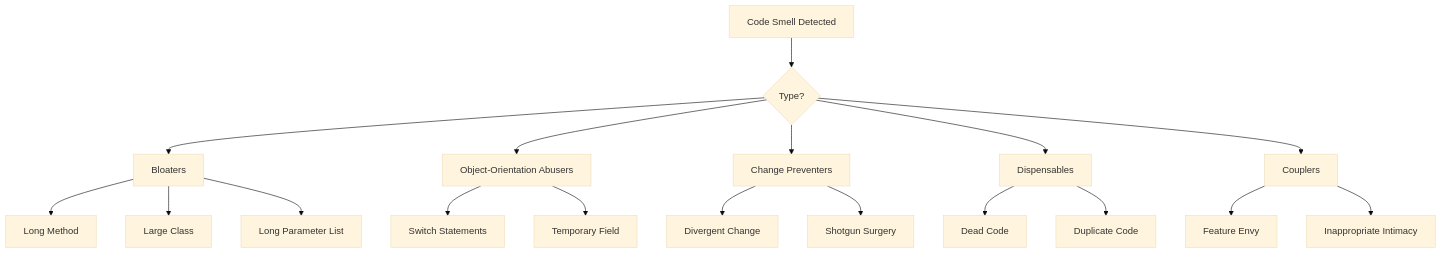
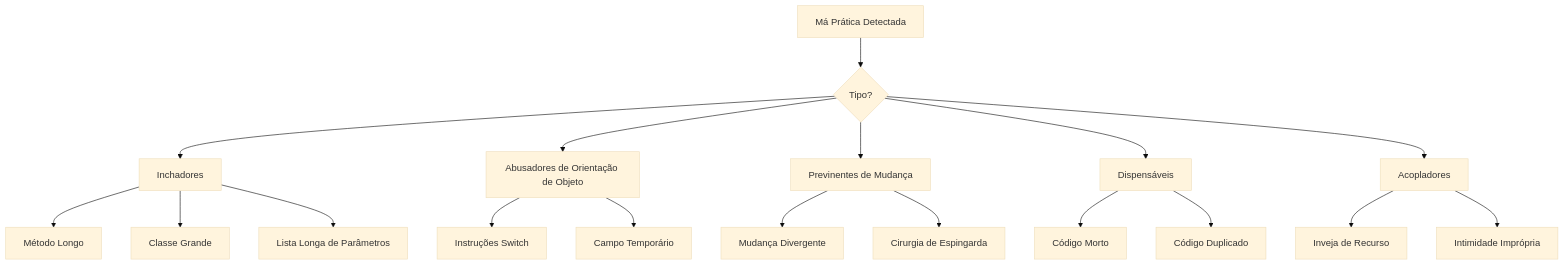
One commit to mambax7/xoops-docs changed the diagram in apps/docs-27/src/content/docs/pt/module-guide/best-practices/code-smells.md. Above: the diagram before and after it, drawn with Mermaid (base theme). The commit also changed other lines of this file and 162 other files, not shown here.

````diff
--- a/apps/docs-27/src/content/docs/pt/module-guide/best-practices/code-smells.md
+++ b/apps/docs-27/src/content/docs/pt/module-guide/best-practices/code-smells.md
@@ -11,25 +11,25 @@
 ```mermaid
 flowchart TD
-    A[Code Smell Detected] --> B{Type?}
-    B --> C[Bloaters]
-    B --> D[Object-Orientation Abusers]
-    B --> E[Change Preventers]
-    B --> F[Dispensables]
-    B --> G[Couplers]
+    A[Má Prática Detectada] --> B{Tipo?}
+    B --> C[Inchadores]
+    B --> D[Abusadores de Orientação de Objeto]
+    B --> E[Previnentes de Mudança]
+    B --> F[Dispensáveis]
+    B --> G[Acopladores]
 
-    C --> C1[Long Method]
-    C --> C2[Large Class]
-    C --> C3[Long Parameter List]
+    C --> C1[Método Longo]
+    C --> C2[Classe Grande]
+    C --> C3[Lista Longa de Parâmetros]
 
-    D --> D1[Switch Statements]
-    D --> D2[Temporary Field]
+    D --> D1[Instruções Switch]
+    D --> D2[Campo Temporário]
 
-    E --> E1[Divergent Change]
-    E --> E2[Shotgun Surgery]
+    E --> E1[Mudança Divergente]
+    E --> E2[Cirurgia de Espingarda]
 
-    F --> F1[Dead Code]
-    F --> F2[Duplicate Code]
+    F --> F1[Código Morto]
+    F --> F2[Código Duplicado]
 
-    G --> G1[Feature Envy]
-    G --> G2[Inappropriate Intimacy]
+    G --> G1[Inveja de Recurso]
+    G --> G2[Intimidade Imprópria]
 ```
````
